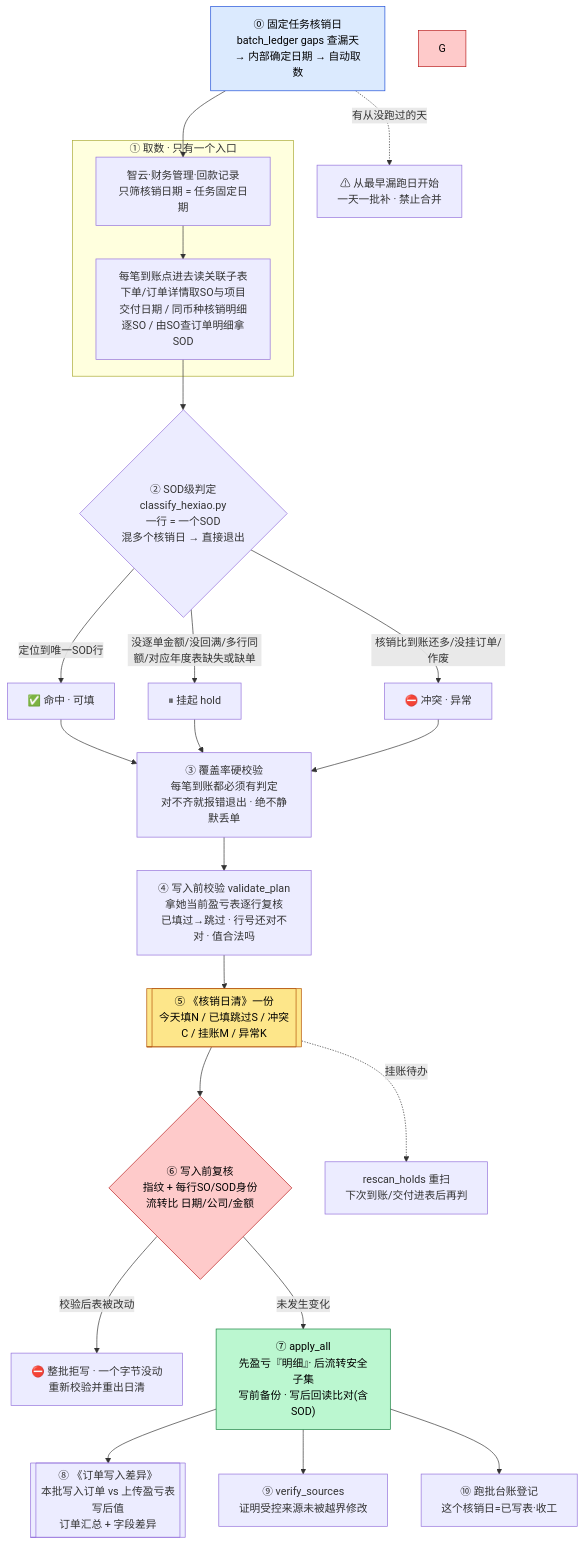
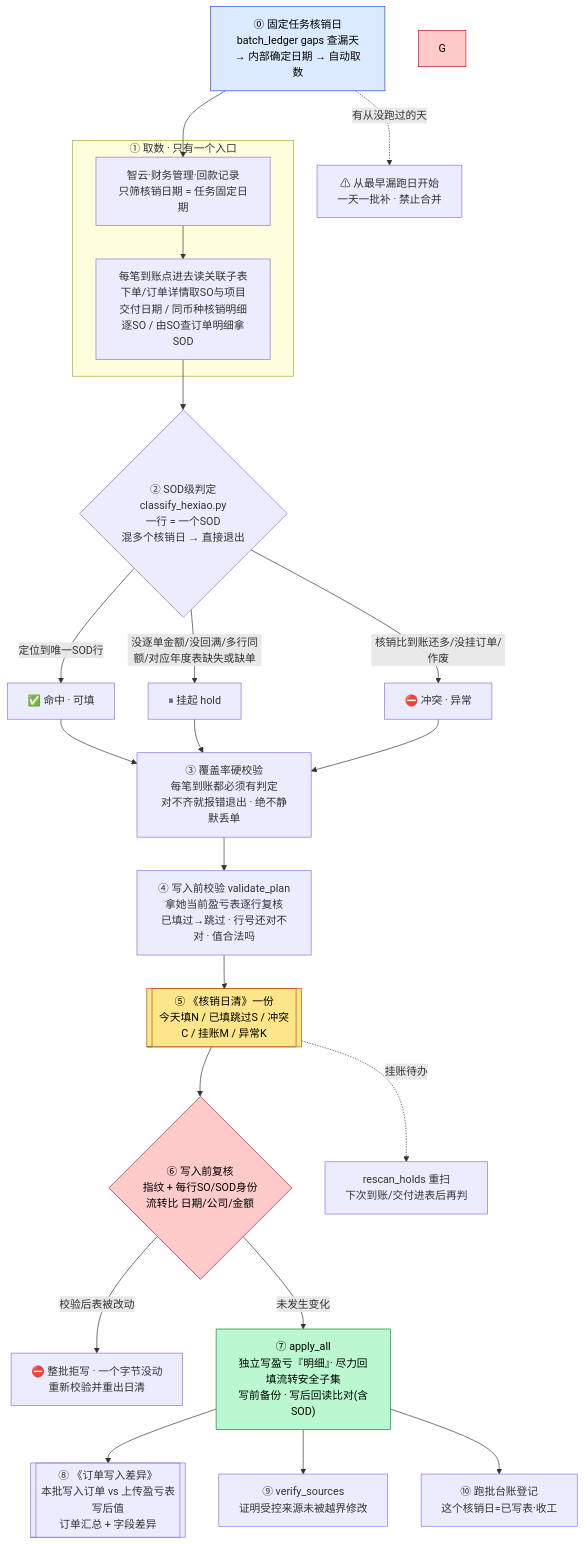
The first of 2 diagrams in skills/ar-hexiao-daily/README.md (ErenYeager2002/financial_pj), drawn with Mermaid before and after one commit. The commit also changed other lines of this file and 367 other files, not shown here.

````diff
--- a/skills/ar-hexiao-daily/README.md
+++ b/skills/ar-hexiao-daily/README.md
@@ -54,30 +54,30 @@
 ```mermaid
 flowchart TD
     D0["⓪ 固定任务核销日<br/>batch_ledger gaps 查漏天<br/>→ 内部确定日期 → 自动取数"] --> A
     D0 -.->|"有从没跑过的天"| GAP["⚠ 从最早漏跑日开始<br/>一天一批补 · 禁止合并"]
     subgraph 取数["① 取数 · 只有一个入口"]
         A["智云·财务管理·回款记录<br/>只筛核销日期 = 任务固定日期"] --> B["每笔到账点进去读关联子表<br/>下单/订单详情取SO与项目交付日期 / 同币种核销明细逐SO / 由SO查订单明细拿SOD"]
     end
     B --> C{"② SOD级判定<br/>classify_hexiao.py<br/>一行 = 一个SOD<br/>混多个核销日 → 直接退出"}
     C -->|"定位到唯一SOD行"| HIT["✅ 命中 · 可填"]
     C -->|"没逐单金额/没回满/多行同额/对应年度表缺失或缺单"| HOLD["⏸ 挂起 hold"]
     C -->|"核销比到账还多/没挂订单/作废"| EXC["⛔ 冲突 · 异常"]
     HIT --> COV
     HOLD --> COV
     EXC --> COV
     COV["③ 覆盖率硬校验<br/>每笔到账都必须有判定<br/>对不齐就报错退出 · 绝不静默丢单"] --> V["④ 写入前校验 validate_plan<br/>拿她当前盈亏表逐行复核<br/>已填过→跳过 · 行号还对不对 · 值合法吗"]
     V --> W[["⑤ 《核销日清》一份<br/>今天填N / 已填跳过S / 冲突C / 挂账M / 异常K"]]
     W --> PRE{"⑥ 写入前复核<br/>指纹 + 每行SO/SOD身份<br/>流转比 日期/公司/金额"}
     PRE -->|"校验后表被改动"| REDO["⛔ 整批拒写 · 一个字节没动<br/>重新校验并重出日清"]
-    PRE -->|"未发生变化"| AP["⑦ apply_all<br/>先盈亏『明细』· 后流转安全子集<br/>写前备份 · 写后回读比对(含SOD)"]
+    PRE -->|"未发生变化"| AP["⑦ apply_all<br/>独立写盈亏『明细』· 尽力回填流转安全子集<br/>写前备份 · 写后回读比对(含SOD)"]
     AP --> DIFF[["⑧ 《订单写入差异》<br/>本批写入订单 vs 上传盈亏表写后值<br/>订单汇总 + 字段差异"]]
     AP --> VS["⑨ verify_sources<br/>证明受控来源未被越界修改"]
     AP --> BL["⑩ 跑批台账登记<br/>这个核销日=已写表·收工"]
     W -.->|"挂账待办"| R["rescan_holds 重扫<br/>下次到账/交付进表后再判"]
 
     style D0 fill:#dbeafe,stroke:#1d4ed8,color:#000
     style W fill:#fde68a,stroke:#b45309,color:#000
     style G fill:#fecaca,stroke:#b91c1c,color:#000
     style PRE fill:#fecaca,stroke:#b91c1c,color:#000
     style AP fill:#bbf7d0,stroke:#15803d,color:#000
 ```
````
